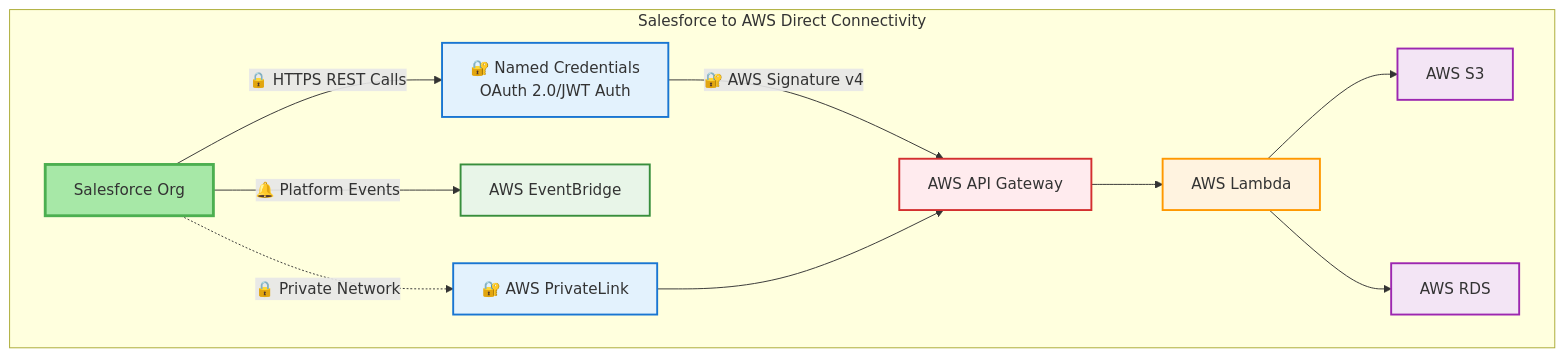
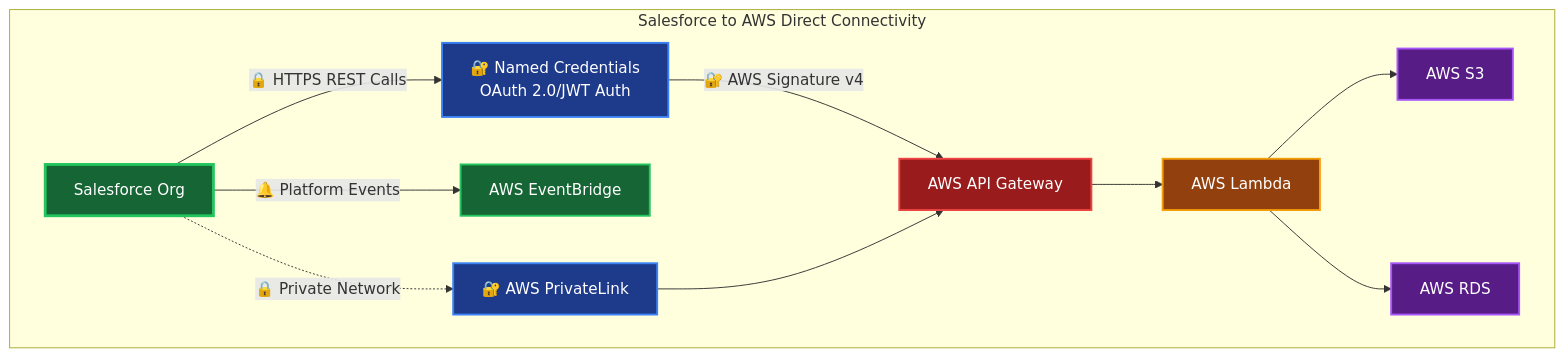
The first of 4 diagrams in salesforce-integration-architecture-patterns.md (arupsarkar-sfdc/Misc), drawn with Mermaid before and after one commit. The commit also changed other lines of this file and 4 other files, not shown here.

Commit message:
feat: addred segmentation logic and updated process diagrams and sequence diagram with dark mode colors and sequence steps

````diff
--- a/salesforce-integration-architecture-patterns.md
+++ b/salesforce-integration-architecture-patterns.md
@@ -5,37 +5,37 @@
 ```mermaid
 graph TB
     subgraph SF_AWS["Salesforce to AWS Direct Connectivity"]
         SF1[Salesforce Org]
         NC1["🔐 Named Credentials<br/>OAuth 2.0/JWT Auth"]
         AG1[AWS API Gateway]
         L1[AWS Lambda]
         S3_1[AWS S3]
         RDS1[AWS RDS]
         EB1[AWS EventBridge]
         PL1["🔐 AWS PrivateLink"]
         
         SF1 -->|"🔒 HTTPS REST Calls"| NC1
         NC1 -->|"🔐 AWS Signature v4"| AG1
         AG1 --> L1
         L1 --> S3_1
         L1 --> RDS1
         SF1 -->|"🔔 Platform Events"| EB1
         SF1 -.->|"🔒 Private Network"| PL1
         PL1 --> AG1
     end
     
-    %% Enhanced color coding by service layer and type
-    classDef salesforce fill:#a7e8a7,stroke:#4caf50,stroke-width:3px
-    classDef security fill:#ffebee,stroke:#d32f2f,stroke-width:2px
-    classDef auth fill:#e3f2fd,stroke:#1976d2,stroke-width:2px
-    classDef compute fill:#fff3e0,stroke:#ff9800,stroke-width:2px
-    classDef storage fill:#f3e5f5,stroke:#9c27b0,stroke-width:2px
-    classDef events fill:#e8f5e8,stroke:#388e3c,stroke-width:2px
+    %% Enhanced color coding by service layer and type (dark mode friendly)
+    classDef salesforce fill:#166534,stroke:#22c55e,stroke-width:3px,color:#ffffff
+    classDef security fill:#991b1b,stroke:#ef4444,stroke-width:2px,color:#ffffff
+    classDef auth fill:#1e3a8a,stroke:#3b82f6,stroke-width:2px,color:#ffffff
+    classDef compute fill:#92400e,stroke:#f59e0b,stroke-width:2px,color:#ffffff
+    classDef storage fill:#581c87,stroke:#a855f7,stroke-width:2px,color:#ffffff
+    classDef events fill:#166534,stroke:#22c55e,stroke-width:2px,color:#ffffff
     
     class SF1 salesforce
     class NC1,PL1 auth
     class AG1 security
     class L1 compute
     class S3_1,RDS1 storage
     class EB1 events
 ```
````
